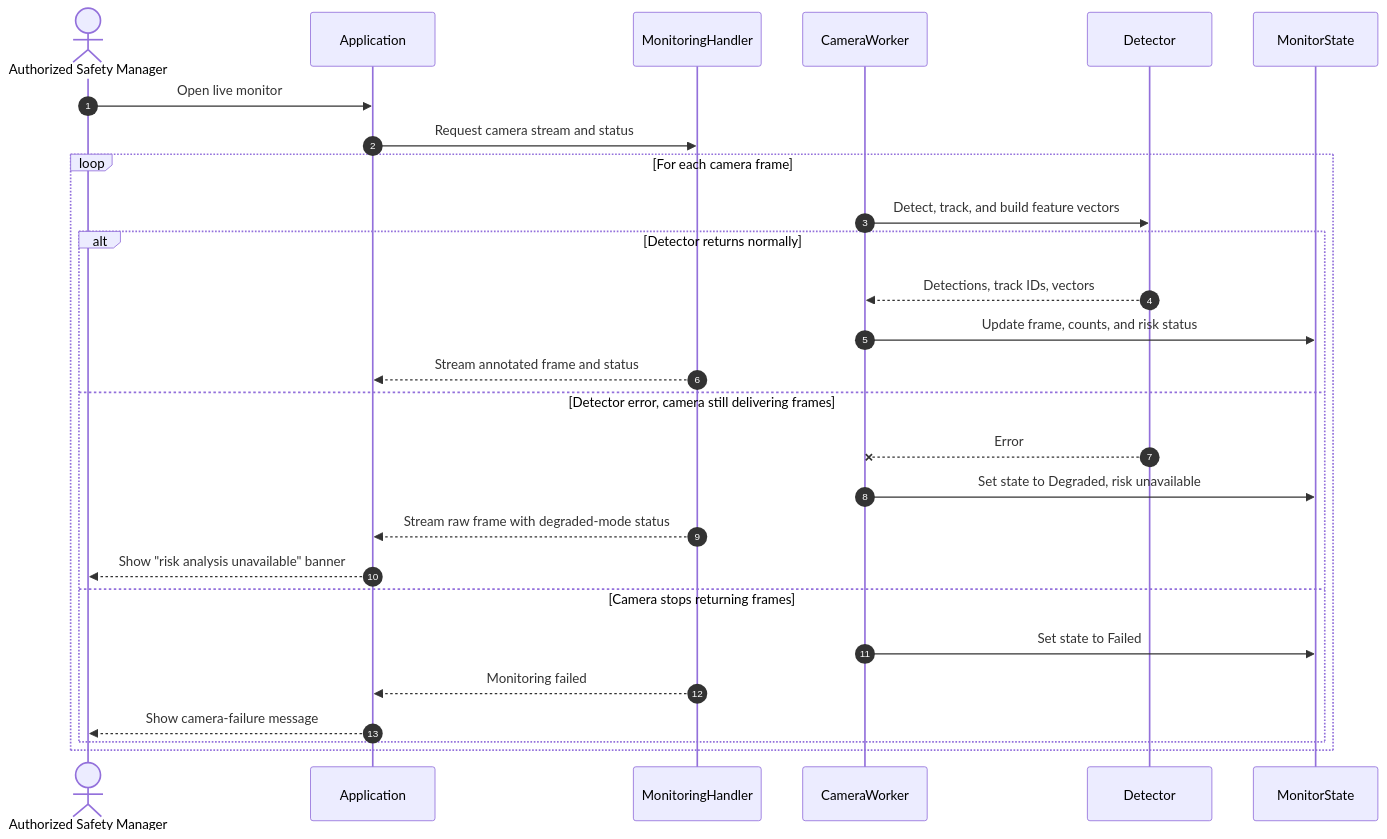
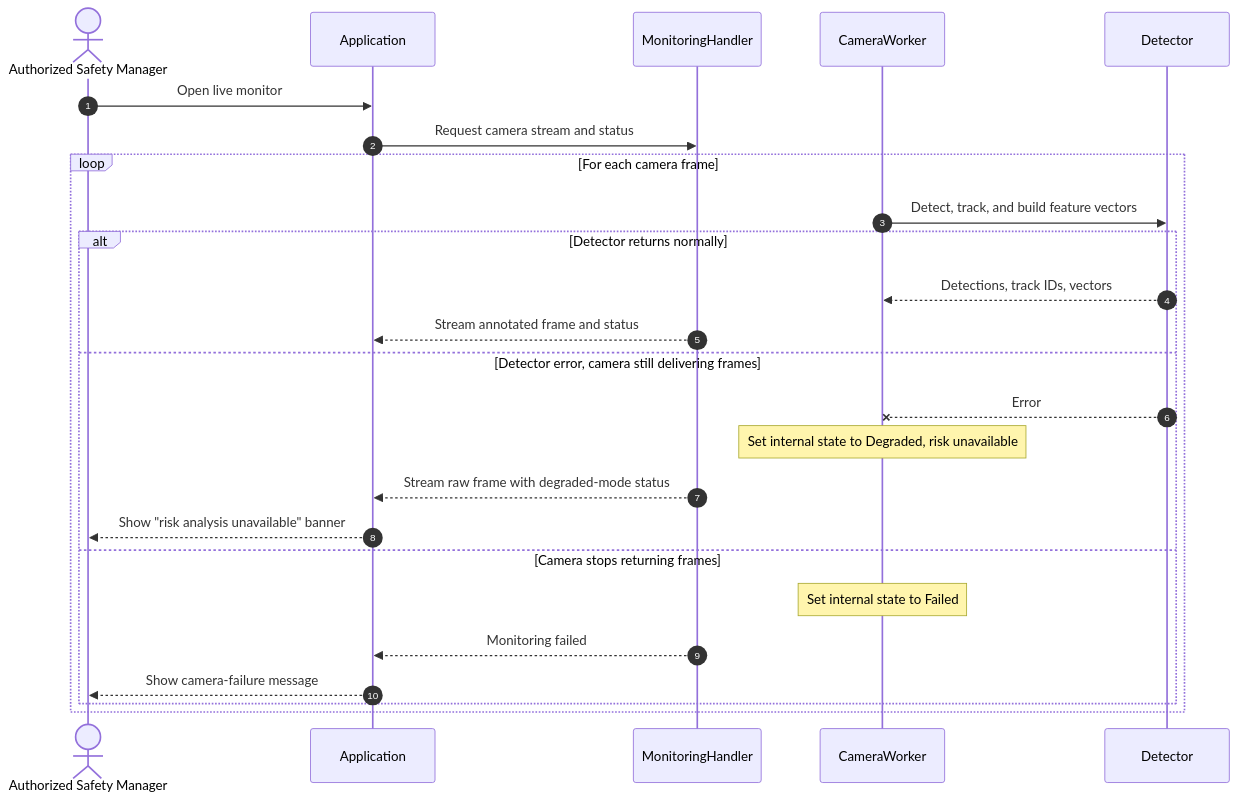
The diagram in docs/diagrams/sd03.mermaid (ggarciabaez/liveleak), drawn with Mermaid before and after one commit. The commit also changed 7 other files, not shown here.

Commit message:
fixed up diagrams.

```diff
--- a/docs/diagrams/sd03.mermaid
+++ b/docs/diagrams/sd03.mermaid
@@ -1,28 +1,26 @@
 sequenceDiagram
     autonumber
     actor M as Authorized Safety Manager
     participant App as Application
     participant MH as MonitoringHandler
     participant CW as CameraWorker
     participant Det as Detector
-    participant MS as MonitorState
 
     M->>App: Open live monitor
     App->>MH: Request camera stream and status
     loop For each camera frame
         CW->>Det: Detect, track, and build feature vectors
         alt Detector returns normally
             Det-->>CW: Detections, track IDs, vectors
-            CW->>MS: Update frame, counts, and risk status
             MH-->>App: Stream annotated frame and status
         else Detector error, camera still delivering frames
             Det--xCW: Error
-            CW->>MS: Set state to Degraded, risk unavailable
+            Note over CW: Set internal state to Degraded, risk unavailable
             MH-->>App: Stream raw frame with degraded-mode status
             App-->>M: Show "risk analysis unavailable" banner
         else Camera stops returning frames
-            CW->>MS: Set state to Failed
+            Note over CW: Set internal state to Failed
             MH-->>App: Monitoring failed
             App-->>M: Show camera-failure message
         end
     end
```
